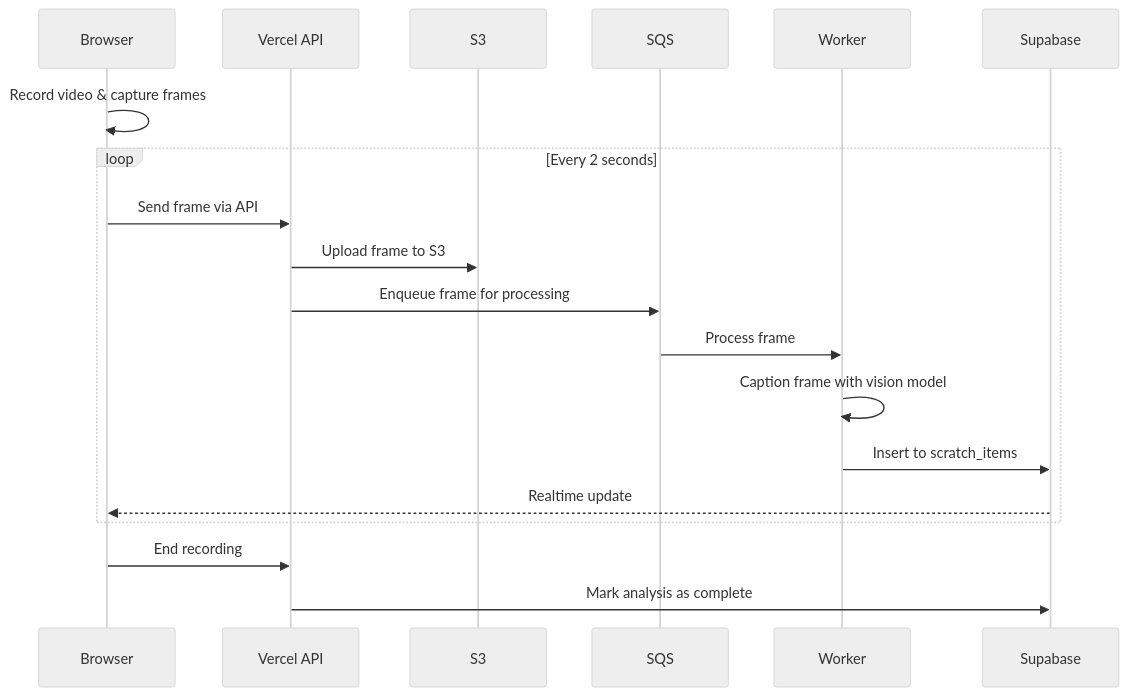
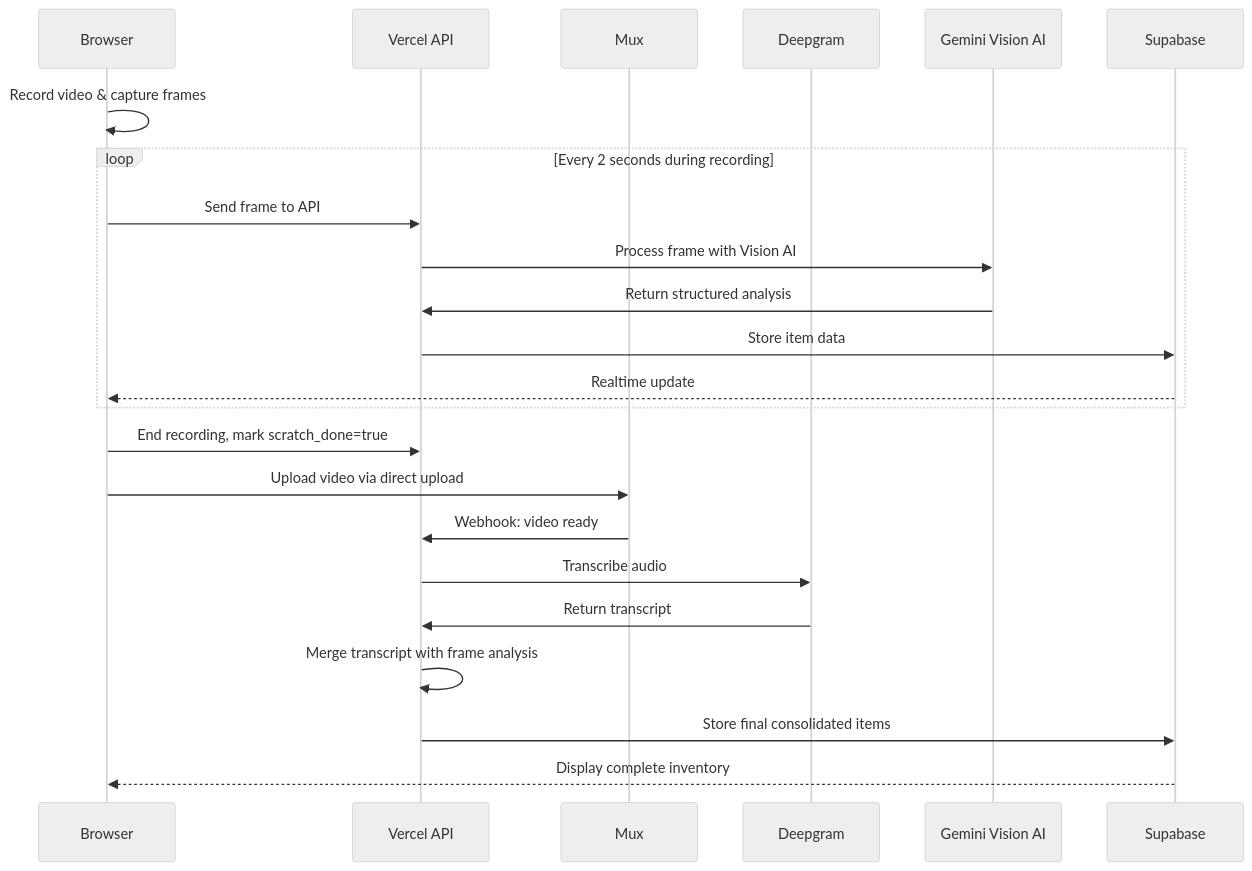
The diagram in README.md (adamziff/padlox), drawn with Mermaid (neutral theme) before and after one commit. The commit also changed other lines of this file and 5 other files, not shown here.

````diff
--- a/README.md
+++ b/README.md
@@ -15,22 +39,26 @@
 ```mermaid
 sequenceDiagram
     participant Browser
     participant Vercel as Vercel API
-    participant S3
-    participant SQS
-    participant Worker
+    participant Mux
+    participant Deepgram
+    participant Gemini as Gemini Vision AI
     participant Supabase
     
     Browser->>Browser: Record video & capture frames
-    loop Every 2 seconds
-        Browser->>Vercel: Send frame via API
-        Vercel->>S3: Upload frame to S3
-        Vercel->>SQS: Enqueue frame for processing
-        SQS->>Worker: Process frame
-        Worker->>Worker: Caption frame with vision model
-        Worker->>Supabase: Insert to scratch_items
+    loop Every 2 seconds during recording
+        Browser->>Vercel: Send frame to API
+        Vercel->>Gemini: Process frame with Vision AI
+        Gemini->>Vercel: Return structured analysis
+        Vercel->>Supabase: Store item data
         Supabase-->>Browser: Realtime update
     end
-    Browser->>Vercel: End recording
-    Vercel->>Supabase: Mark analysis as complete
+    Browser->>Vercel: End recording, mark scratch_done=true
+    Browser->>Mux: Upload video via direct upload
+    Mux->>Vercel: Webhook: video ready
+    Vercel->>Deepgram: Transcribe audio
+    Deepgram->>Vercel: Return transcript
+    Vercel->>Vercel: Merge transcript with frame analysis
+    Vercel->>Supabase: Store final consolidated items
+    Supabase-->>Browser: Display complete inventory
 ```
````
